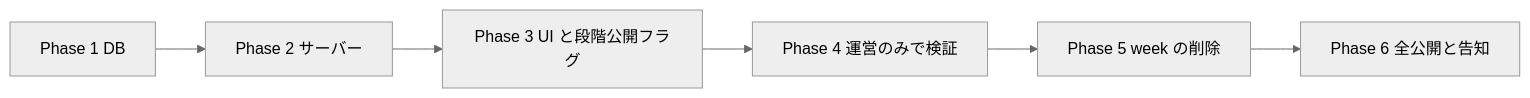
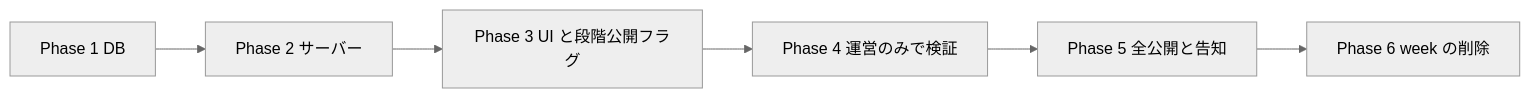
Before and after one commit to 3balljugglerYu/ai_coordinate: the fourth of 4 diagrams in docs/planning/popular-prompts-tab-implementation-plan.md, drawn with Mermaid (neutral theme). The commit also changed other lines of this file, not shown here.

````diff
--- a/docs/planning/popular-prompts-tab-implementation-plan.md
+++ b/docs/planning/popular-prompts-tab-implementation-plan.md
@@ -171,8 +173,8 @@
 ```mermaid
 flowchart LR
     P1["Phase 1 DB"] --> P2["Phase 2 サーバー"]
     P2 --> P3["Phase 3 UI と段階公開フラグ"]
     P3 --> P4["Phase 4 運営のみで検証"]
-    P4 --> P5["Phase 5 week の削除"]
-    P5 --> P6["Phase 6 全公開と告知"]
+    P4 --> P5["Phase 5 全公開と告知"]
+    P5 --> P6["Phase 6 week の削除"]
 ```
````
